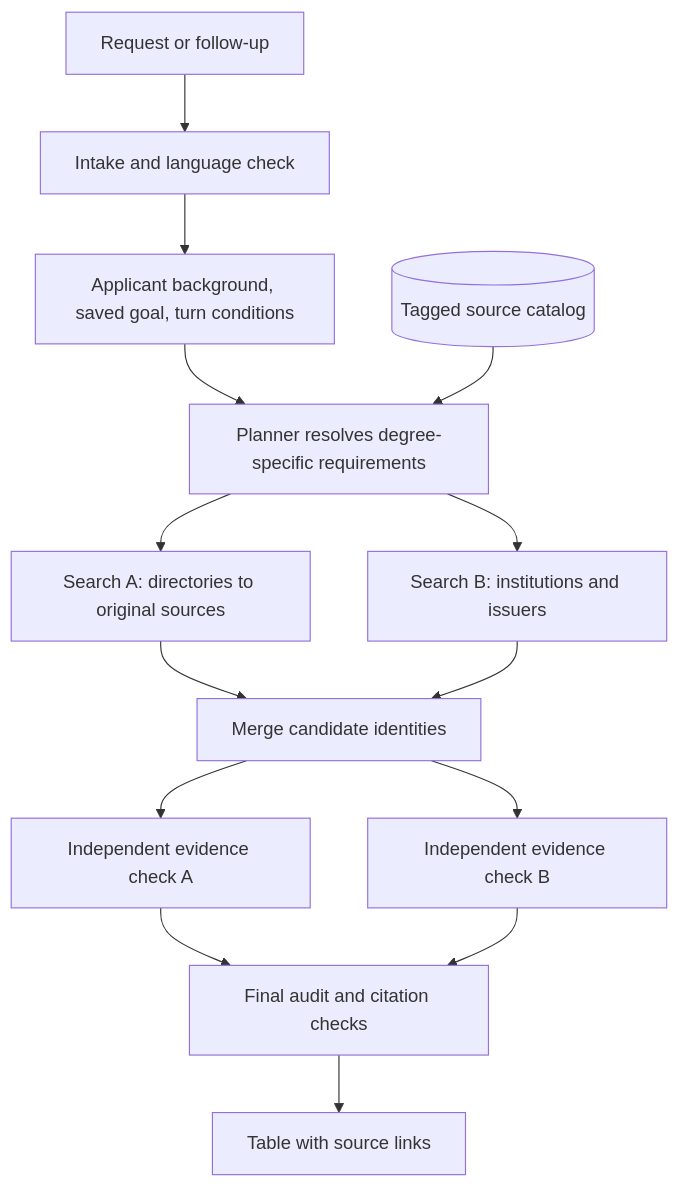
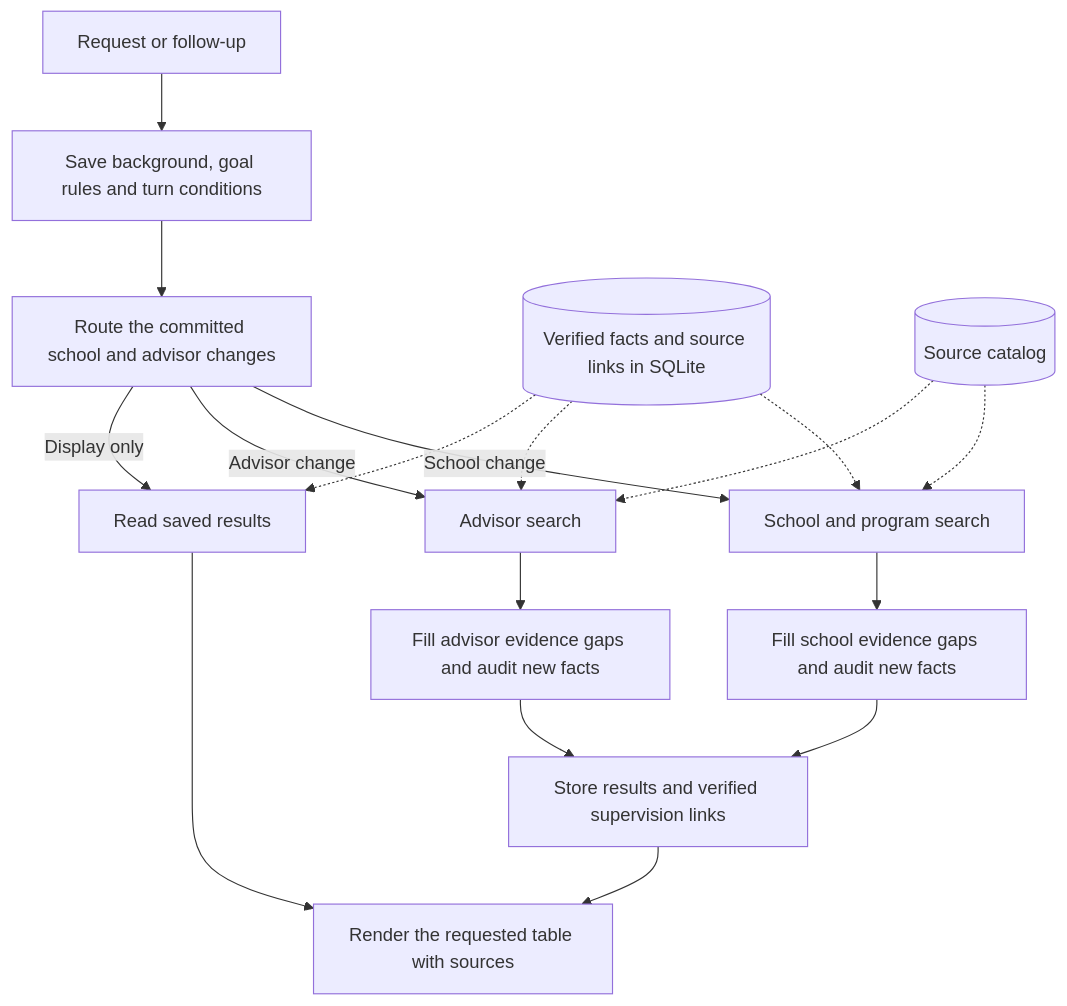
The diagram in README.md (Terreturn/Graduate-Searching-workflow), drawn with Mermaid before and after one commit. The commit also changed other lines of this file and 24 other files, not shown here.

First line of the commit message:
v1.0.0: Add advisor screening and parallel program searches

````diff
--- a/README.md
+++ b/README.md
@@ -59,16 +61,19 @@
 ```mermaid
 flowchart TD
-    T[Request or follow-up] --> I[Intake and language check]
-    I --> S[Applicant background, saved goal, turn conditions]
-    S --> P[Planner resolves degree-specific requirements]
-    C[(Tagged source catalog)] --> P
-    P --> A[Search A: directories to original sources]
-    P --> B[Search B: institutions and issuers]
-    A --> U[Merge candidate identities]
-    B --> U
-    U --> X[Independent evidence check A]
-    U --> Y[Independent evidence check B]
-    X --> R[Final audit and citation checks]
+    T[Request or follow-up] --> S[Save background, goal rules and turn conditions]
+    S --> D[Route the committed school and advisor changes]
+    D -->|School change| P[School and program search]
+    D -->|Advisor change| A[Advisor search]
+    D -->|Display only| V[Read saved results]
+    K[(Verified facts and source links in SQLite)] -.-> P
+    K -.-> A
+    K -.-> V
+    C[(Source catalog)] -.-> P
+    C -.-> A
+    P --> X[Fill school evidence gaps and audit new facts]
+    A --> Y[Fill advisor evidence gaps and audit new facts]
+    X --> R[Store results and verified supervision links]
     Y --> R
-    R --> O[Table with source links]
+    R --> O[Render the requested table with sources]
+    V --> O
 ```
````
